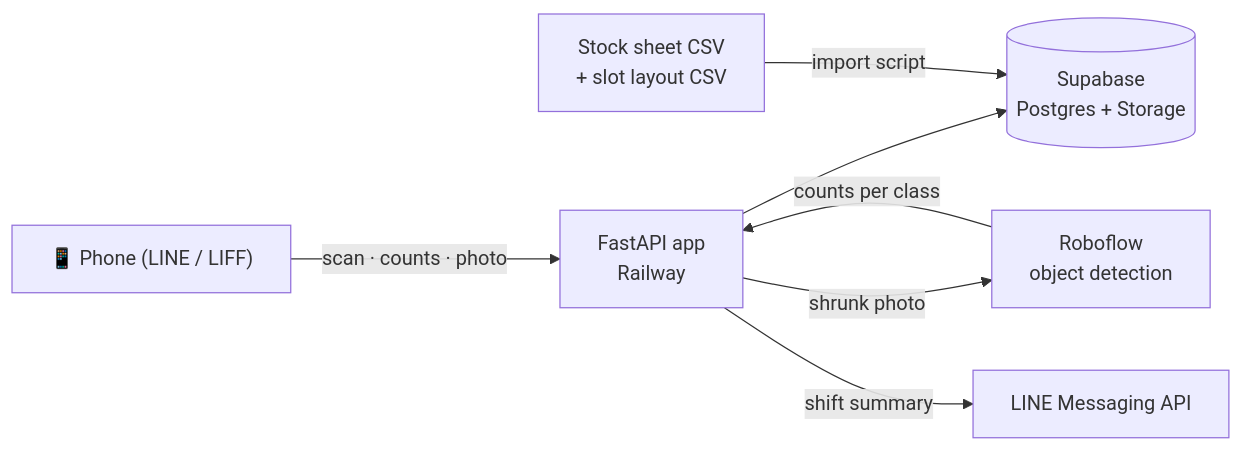
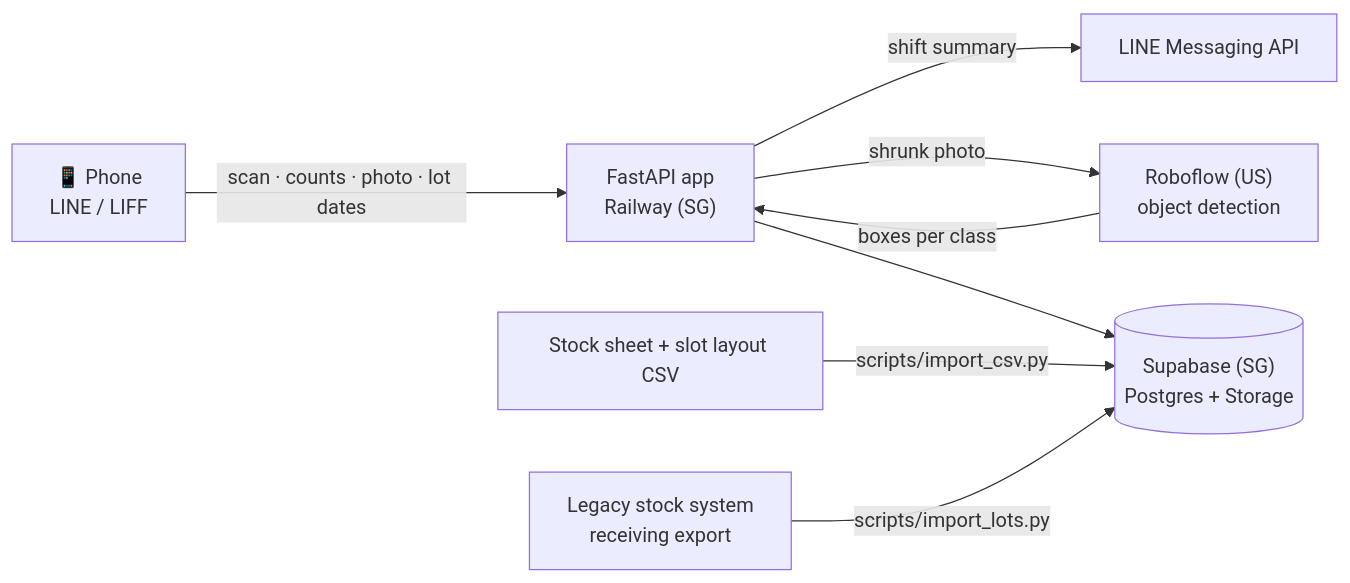
Before and after one commit to Lemonade678/Avatar_clinic: the diagram in README.md, drawn with Mermaid. The commit also changed other lines of this file and 4 other files, not shown here.

````diff
--- a/README.md
+++ b/README.md
@@ -23,9 +39,10 @@
 ```mermaid
 flowchart LR
-  phone["📱 Phone (LINE / LIFF)"] -->|scan · counts · photo| app["FastAPI app<br/>Railway"]
-  app --> db[("Supabase<br/>Postgres + Storage")]
-  app -->|shrunk photo| cv["Roboflow<br/>object detection"]
-  cv -->|counts per class| app
+  phone["📱 Phone<br/>LINE / LIFF"] -->|scan · counts · photo · lot dates| app["FastAPI app<br/>Railway (SG)"]
+  app --> db[("Supabase (SG)<br/>Postgres + Storage")]
+  app -->|shrunk photo| cv["Roboflow (US)<br/>object detection"]
+  cv -->|boxes per class| app
   app -->|shift summary| line["LINE Messaging API"]
-  sheet["Stock sheet CSV<br/>+ slot layout CSV"] -->|import script| db
+  sheet["Stock sheet + slot layout CSV"] -->|scripts/import_csv.py| db
+  legacy["Legacy stock system<br/>receiving export"] -->|scripts/import_lots.py| db
 ```
````
